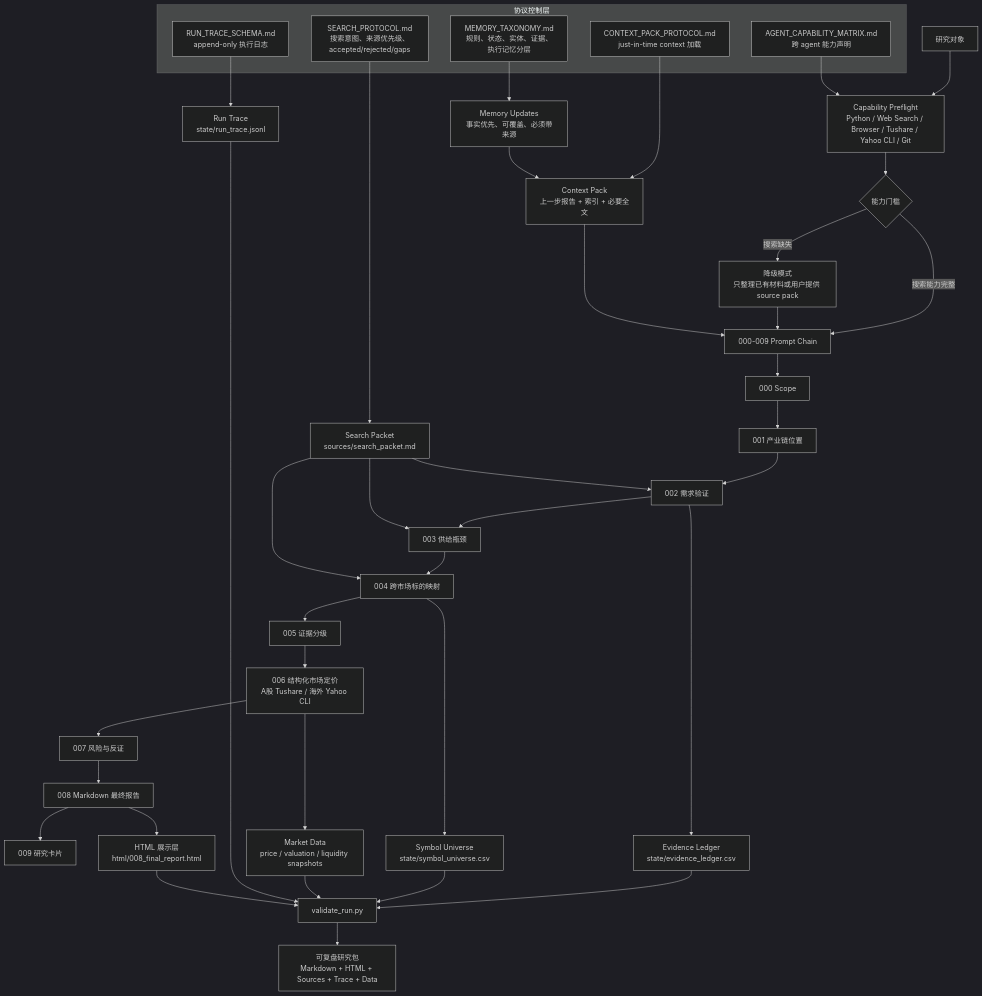
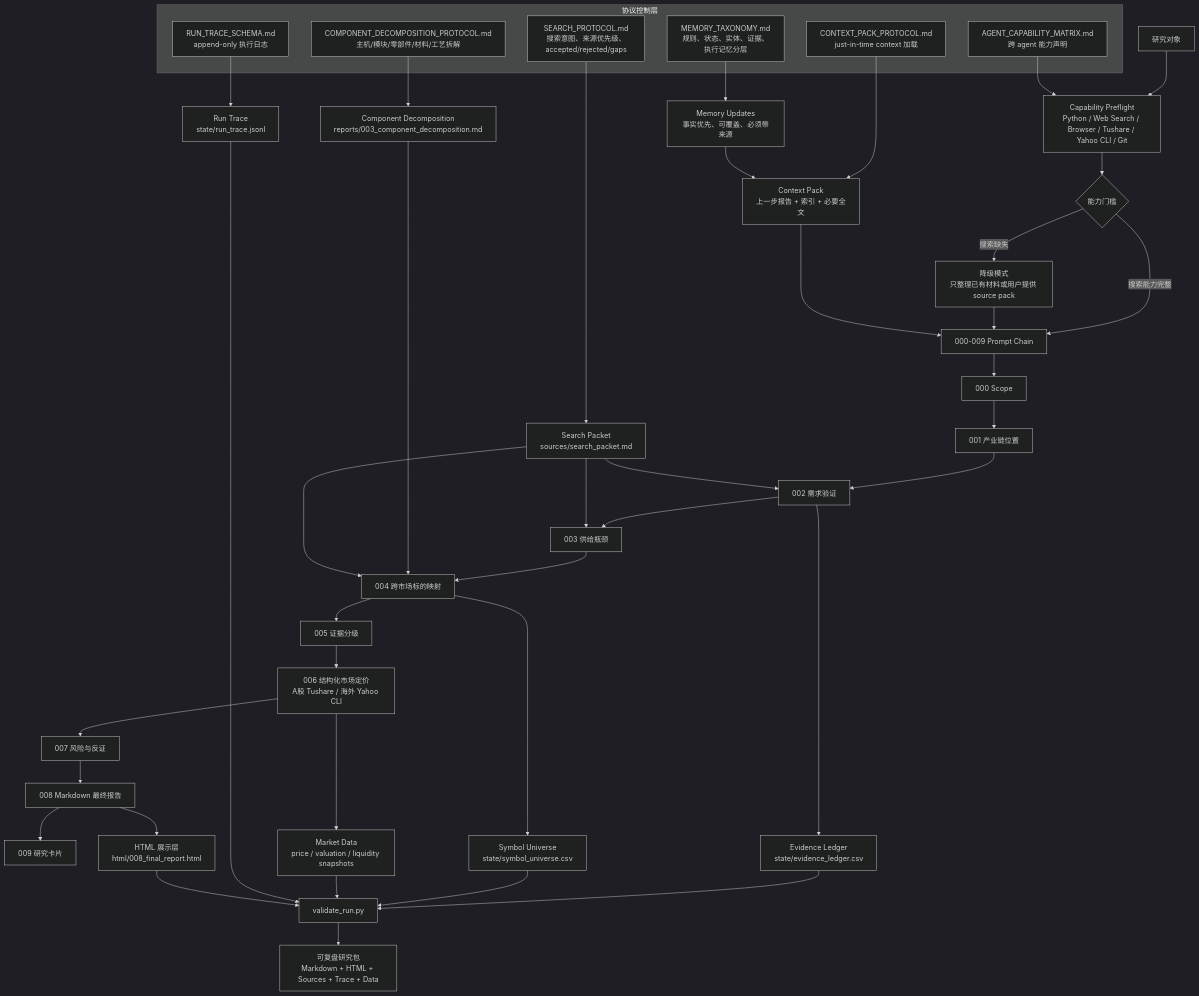
Before and after one commit to MXmingxuan/serenity-ai-chain-analysis: the diagram in README.md, drawn with Mermaid (dark theme). The commit also changed other lines of this file and 10 other files, not shown here.

Commit message:
Add component decomposition quality gate

````diff
--- a/README.md
+++ b/README.md
@@ -31,51 +31,54 @@
 ```mermaid
 flowchart TD
     A["研究对象"] --> B["Capability Preflight<br/>Python / Web Search / Browser / Tushare / Yahoo CLI / Git"]
     B --> C{"能力门槛"}
     C -- "搜索能力完整" --> D["000-009 Prompt Chain"]
     C -- "搜索缺失" --> C1["降级模式<br/>只整理已有材料或用户提供 source pack"]
     C1 --> D
 
     subgraph P["协议控制层"]
         P1["AGENT_CAPABILITY_MATRIX.md<br/>跨 agent 能力声明"]
         P2["SEARCH_PROTOCOL.md<br/>搜索意图、来源优先级、accepted/rejected/gaps"]
         P3["CONTEXT_PACK_PROTOCOL.md<br/>just-in-time context 加载"]
         P4["RUN_TRACE_SCHEMA.md<br/>append-only 执行日志"]
         P5["MEMORY_TAXONOMY.md<br/>规则、状态、实体、证据、执行记忆分层"]
+        P6["COMPONENT_DECOMPOSITION_PROTOCOL.md<br/>主机/模块/零部件/材料/工艺拆解"]
     end
 
     P1 --> B
     P2 --> E["Search Packet<br/>sources/search_packet.md"]
     P3 --> F["Context Pack<br/>上一步报告 + 索引 + 必要全文"]
     P4 --> G["Run Trace<br/>state/run_trace.jsonl"]
     P5 --> H["Memory Updates<br/>事实优先、可覆盖、必须带来源"]
+    P6 --> CD["Component Decomposition<br/>reports/003_component_decomposition.md"]
 
     D --> S1["000 Scope"]
     S1 --> S2["001 产业链位置"]
     S2 --> S3["002 需求验证"]
     S3 --> S4["003 供给瓶颈"]
     S4 --> S5["004 跨市场标的映射"]
+    CD --> S5
     S5 --> S6["005 证据分级"]
     S6 --> S7["006 结构化市场定价<br/>A股 Tushare / 海外 Yahoo CLI"]
     S7 --> S8["007 风险与反证"]
     S8 --> S9["008 Markdown 最终报告"]
     S9 --> S10["009 研究卡片"]
 
     E --> S3
     E --> S4
     E --> S5
     F --> D
     H --> F
 
     S3 --> I["Evidence Ledger<br/>state/evidence_ledger.csv"]
     S5 --> J["Symbol Universe<br/>state/symbol_universe.csv"]
     S7 --> K["Market Data<br/>price / valuation / liquidity snapshots"]
     S9 --> L["HTML 展示层<br/>html/008_final_report.html"]
 
     I --> M["validate_run.py"]
     J --> M
     K --> M
     G --> M
     L --> M
     M --> N["可复盘研究包<br/>Markdown + HTML + Sources + Trace + Data"]
 ```
````
